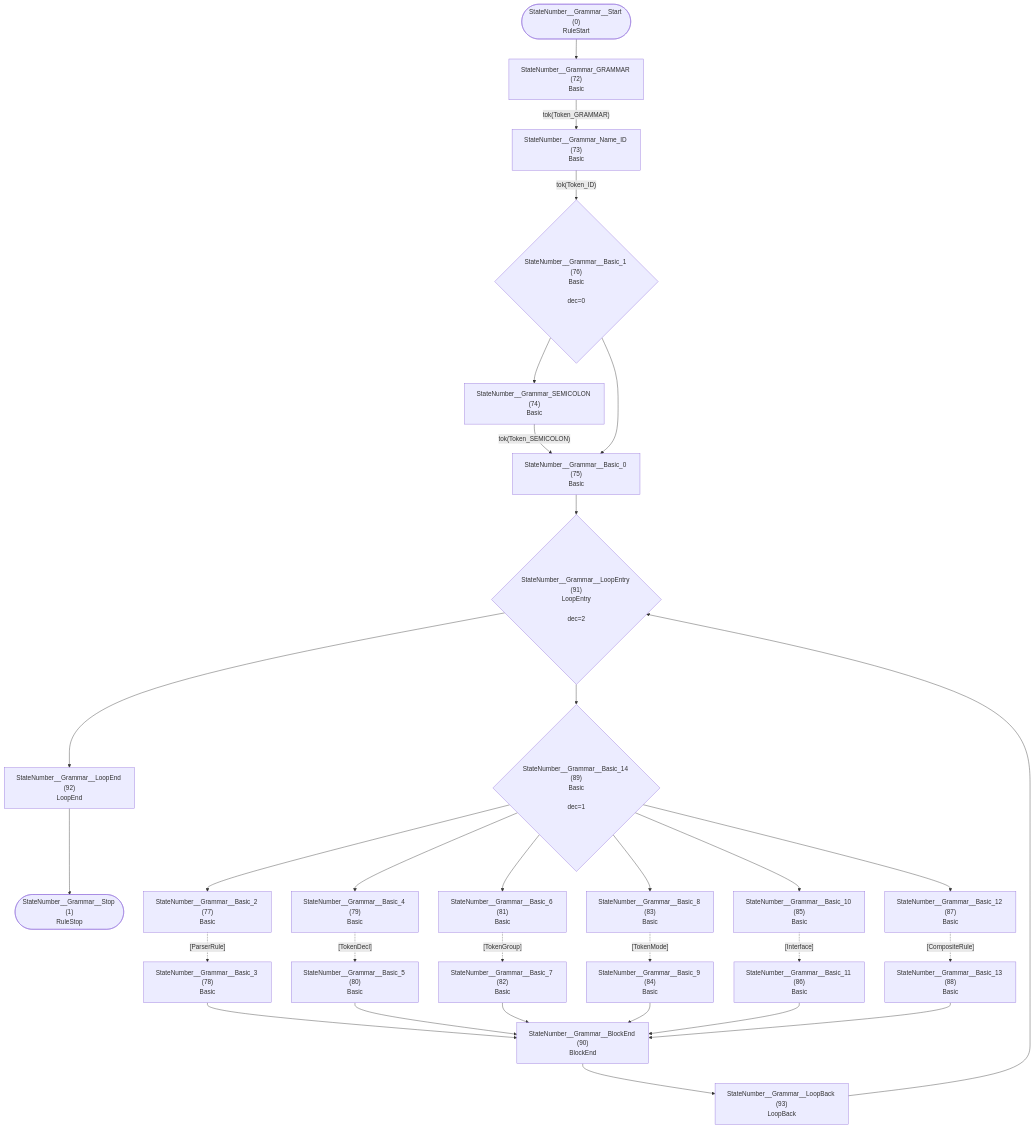
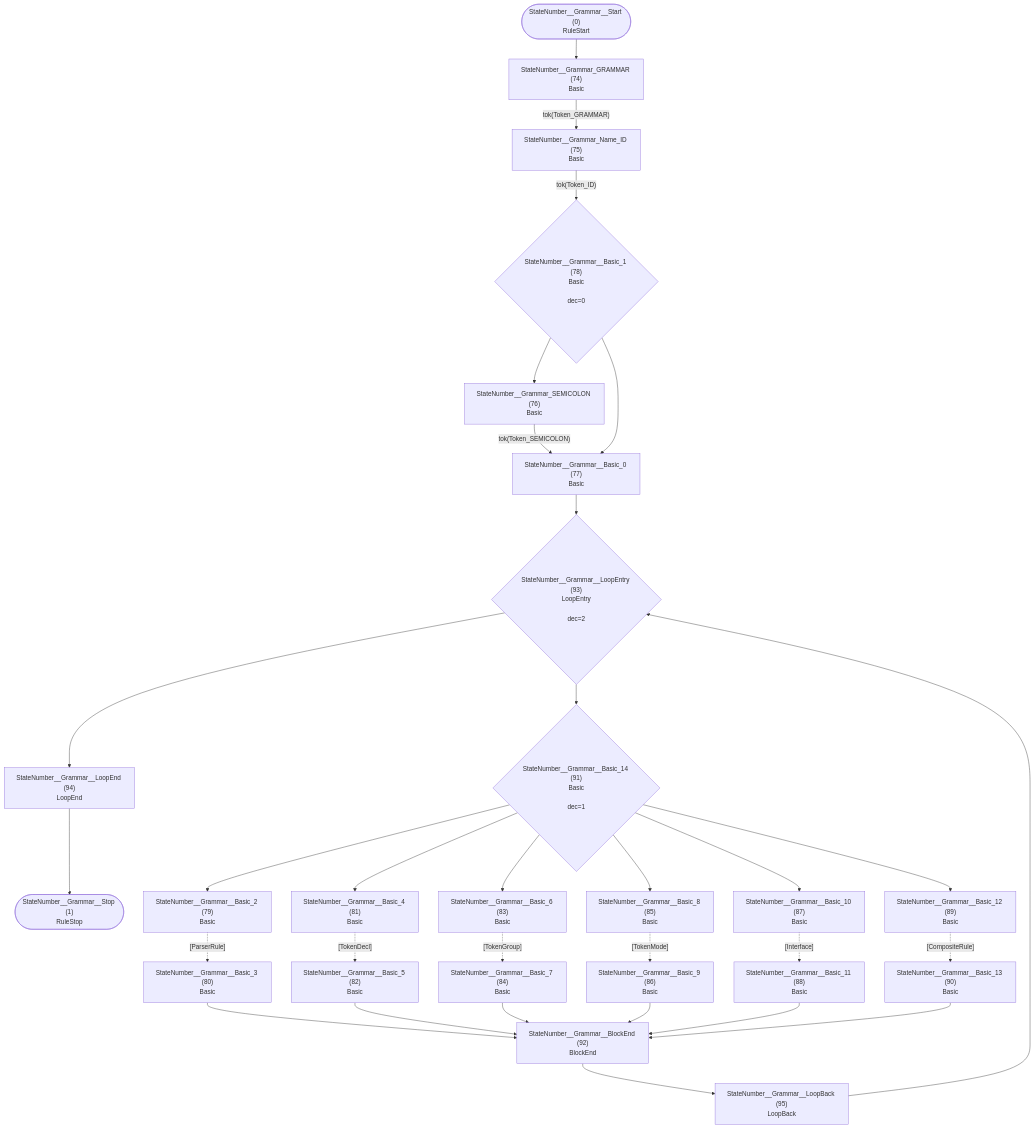
The first of 37 diagrams in internal/grammar/atn.md (TypeFox/fastbelt), drawn with Mermaid before and after one commit. The commit also changed other lines of this file and 10 other files, not shown here.

Commit message:
Add group type and command to token groups

````diff
--- a/internal/grammar/atn.md
+++ b/internal/grammar/atn.md
@@ -5,58 +5,58 @@
 ```mermaid
 flowchart TD
     q0(["StateNumber__Grammar__Start (0)<br/>RuleStart"])
     q1(["StateNumber__Grammar__Stop (1)<br/>RuleStop"])
-    q72["StateNumber__Grammar_GRAMMAR (72)<br/>Basic<br/>"]
-    q73["StateNumber__Grammar_Name_ID (73)<br/>Basic<br/>"]
-    q74["StateNumber__Grammar_SEMICOLON (74)<br/>Basic<br/>"]
-    q75["StateNumber__Grammar__Basic_0 (75)<br/>Basic<br/>"]
-    q76{"StateNumber__Grammar__Basic_1 (76)<br/>Basic<br/><br/>dec=0"}
-    q77["StateNumber__Grammar__Basic_2 (77)<br/>Basic<br/>"]
-    q78["StateNumber__Grammar__Basic_3 (78)<br/>Basic<br/>"]
-    q79["StateNumber__Grammar__Basic_4 (79)<br/>Basic<br/>"]
-    q80["StateNumber__Grammar__Basic_5 (80)<br/>Basic<br/>"]
-    q81["StateNumber__Grammar__Basic_6 (81)<br/>Basic<br/>"]
-    q82["StateNumber__Grammar__Basic_7 (82)<br/>Basic<br/>"]
-    q83["StateNumber__Grammar__Basic_8 (83)<br/>Basic<br/>"]
-    q84["StateNumber__Grammar__Basic_9 (84)<br/>Basic<br/>"]
-    q85["StateNumber__Grammar__Basic_10 (85)<br/>Basic<br/>"]
-    q86["StateNumber__Grammar__Basic_11 (86)<br/>Basic<br/>"]
-    q87["StateNumber__Grammar__Basic_12 (87)<br/>Basic<br/>"]
-    q88["StateNumber__Grammar__Basic_13 (88)<br/>Basic<br/>"]
-    q89{"StateNumber__Grammar__Basic_14 (89)<br/>Basic<br/><br/>dec=1"}
-    q90["StateNumber__Grammar__BlockEnd (90)<br/>BlockEnd<br/>"]
-    q91{"StateNumber__Grammar__LoopEntry (91)<br/>LoopEntry<br/><br/>dec=2"}
-    q92["StateNumber__Grammar__LoopEnd (92)<br/>LoopEnd<br/>"]
-    q93["StateNumber__Grammar__LoopBack (93)<br/>LoopBack<br/>"]
+    q74["StateNumber__Grammar_GRAMMAR (74)<br/>Basic<br/>"]
+    q75["StateNumber__Grammar_Name_ID (75)<br/>Basic<br/>"]
+    q76["StateNumber__Grammar_SEMICOLON (76)<br/>Basic<br/>"]
+    q77["StateNumber__Grammar__Basic_0 (77)<br/>Basic<br/>"]
+    q78{"StateNumber__Grammar__Basic_1 (78)<br/>Basic<br/><br/>dec=0"}
+    q79["StateNumber__Grammar__Basic_2 (79)<br/>Basic<br/>"]
+    q80["StateNumber__Grammar__Basic_3 (80)<br/>Basic<br/>"]
+    q81["StateNumber__Grammar__Basic_4 (81)<br/>Basic<br/>"]
+    q82["StateNumber__Grammar__Basic_5 (82)<br/>Basic<br/>"]
+    q83["StateNumber__Grammar__Basic_6 (83)<br/>Basic<br/>"]
+    q84["StateNumber__Grammar__Basic_7 (84)<br/>Basic<br/>"]
+    q85["StateNumber__Grammar__Basic_8 (85)<br/>Basic<br/>"]
+    q86["StateNumber__Grammar__Basic_9 (86)<br/>Basic<br/>"]
+    q87["StateNumber__Grammar__Basic_10 (87)<br/>Basic<br/>"]
+    q88["StateNumber__Grammar__Basic_11 (88)<br/>Basic<br/>"]
+    q89["StateNumber__Grammar__Basic_12 (89)<br/>Basic<br/>"]
+    q90["StateNumber__Grammar__Basic_13 (90)<br/>Basic<br/>"]
+    q91{"StateNumber__Grammar__Basic_14 (91)<br/>Basic<br/><br/>dec=1"}
+    q92["StateNumber__Grammar__BlockEnd (92)<br/>BlockEnd<br/>"]
+    q93{"StateNumber__Grammar__LoopEntry (93)<br/>LoopEntry<br/><br/>dec=2"}
+    q94["StateNumber__Grammar__LoopEnd (94)<br/>LoopEnd<br/>"]
+    q95["StateNumber__Grammar__LoopBack (95)<br/>LoopBack<br/>"]
 
-    q0 --> q72
-    q72 -->|"tok(Token_GRAMMAR)"| q73
-    q73 -->|"tok(Token_ID)"| q76
-    q74 -->|"tok(Token_SEMICOLON)"| q75
-    q75 --> q91
-    q76 --> q74
-    q76 --> q75
-    q77 -.->|"[ParserRule]"| q78
-    q78 --> q90
-    q79 -.->|"[TokenDecl]"| q80
-    q80 --> q90
-    q81 -.->|"[TokenGroup]"| q82
-    q82 --> q90
-    q83 -.->|"[TokenMode]"| q84
-    q84 --> q90
-    q85 -.->|"[Interface]"| q86
-    q86 --> q90
-    q87 -.->|"[CompositeRule]"| q88
-    q88 --> q90
-    q89 --> q77
-    q89 --> q79
-    q89 --> q81
-    q89 --> q83
-    q89 --> q85
-    q89 --> q87
-    q90 --> q93
+    q0 --> q74
+    q74 -->|"tok(Token_GRAMMAR)"| q75
+    q75 -->|"tok(Token_ID)"| q78
+    q76 -->|"tok(Token_SEMICOLON)"| q77
+    q77 --> q93
+    q78 --> q76
+    q78 --> q77
+    q79 -.->|"[ParserRule]"| q80
+    q80 --> q92
+    q81 -.->|"[TokenDecl]"| q82
+    q82 --> q92
+    q83 -.->|"[TokenGroup]"| q84
+    q84 --> q92
+    q85 -.->|"[TokenMode]"| q86
+    q86 --> q92
+    q87 -.->|"[Interface]"| q88
+    q88 --> q92
+    q89 -.->|"[CompositeRule]"| q90
+    q90 --> q92
+    q91 --> q79
+    q91 --> q81
+    q91 --> q83
+    q91 --> q85
+    q91 --> q87
     q91 --> q89
-    q91 --> q92
-    q92 --> q1
+    q92 --> q95
     q93 --> q91
+    q93 --> q94
+    q94 --> q1
+    q95 --> q93
 ```
````
